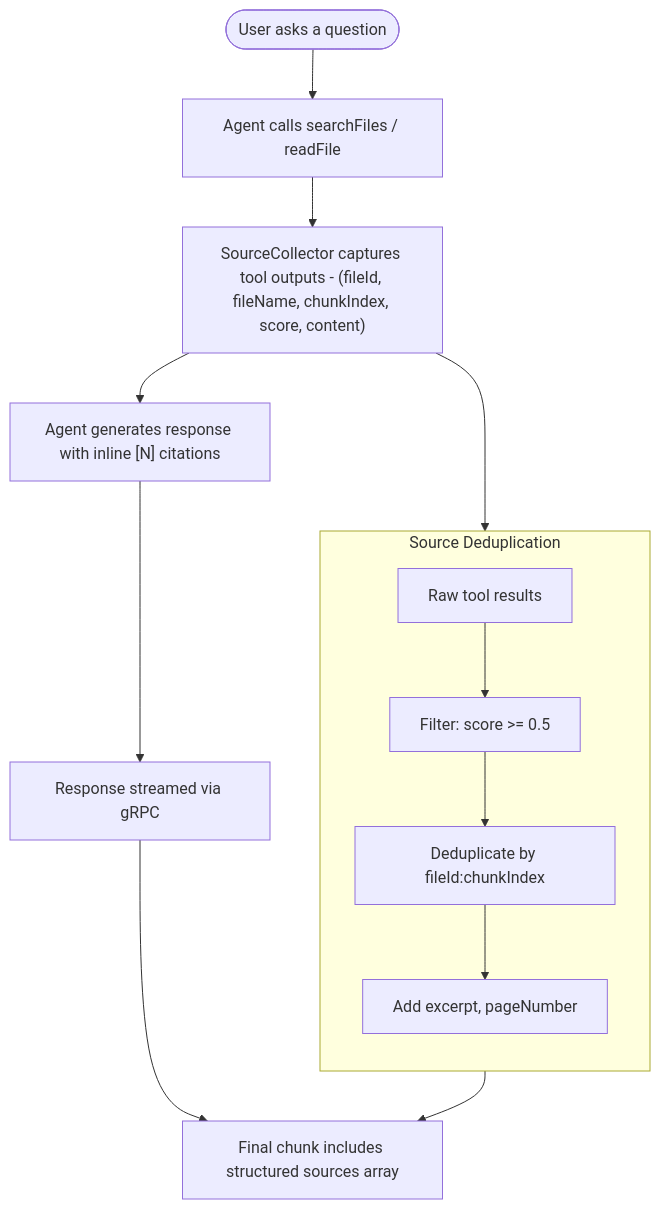
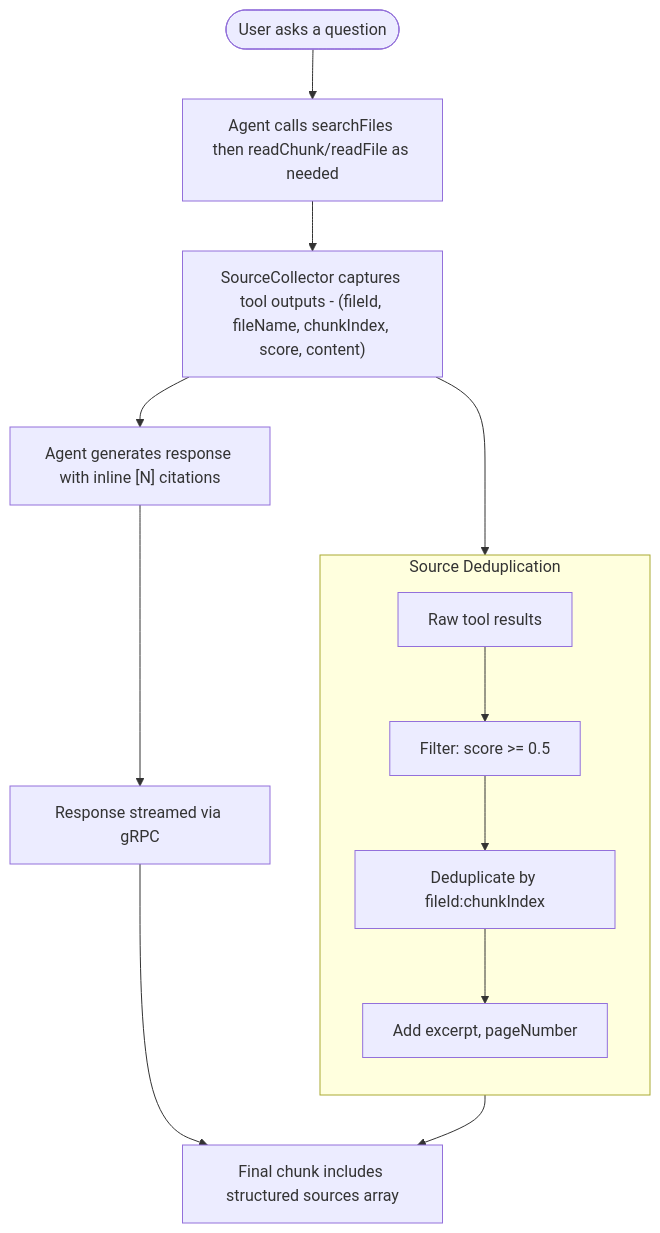
The fourth of 6 diagrams in docs/scenarios.md (JackTran15/files-assistant-system), drawn with Mermaid before and after one commit. The commit also changed other lines of this file and 11 other files, not shown here.

First line of the commit message:
feat: add readChunk tool for exact chunk retrieval and enhance citation handling

````diff
--- a/docs/scenarios.md
+++ b/docs/scenarios.md
@@ -208,18 +212,18 @@
 ```mermaid
 flowchart TD
-    Start(["User asks a question"]) --> Tools["Agent calls searchFiles / readFile"]
+    Start(["User asks a question"]) --> Tools["Agent calls searchFiles then readChunk/readFile as needed"]
     Tools --> Collector["SourceCollector captures tool outputs - (fileId, fileName, chunkIndex, score, content)"]
     Collector --> Generate["Agent generates response with inline [N] citations"]
     Generate --> Stream["Response streamed via gRPC"]
     Stream --> Final["Final chunk includes structured sources array"]
 
     subgraph SourceDedup["Source Deduplication"]
         direction TB
         Raw["Raw tool results"] --> Filter["Filter: score >= 0.5"]
         Filter --> Dedup["Deduplicate by fileId:chunkIndex"]
         Dedup --> Enrich["Add excerpt, pageNumber"]
     end
 
     Collector --> SourceDedup
     SourceDedup --> Final
 ```
````
